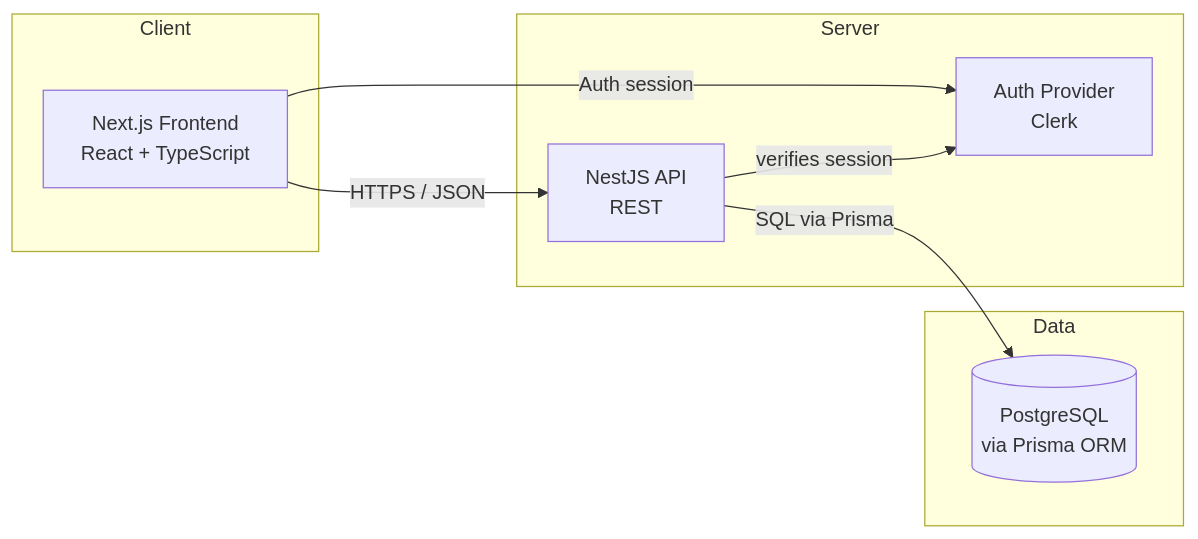
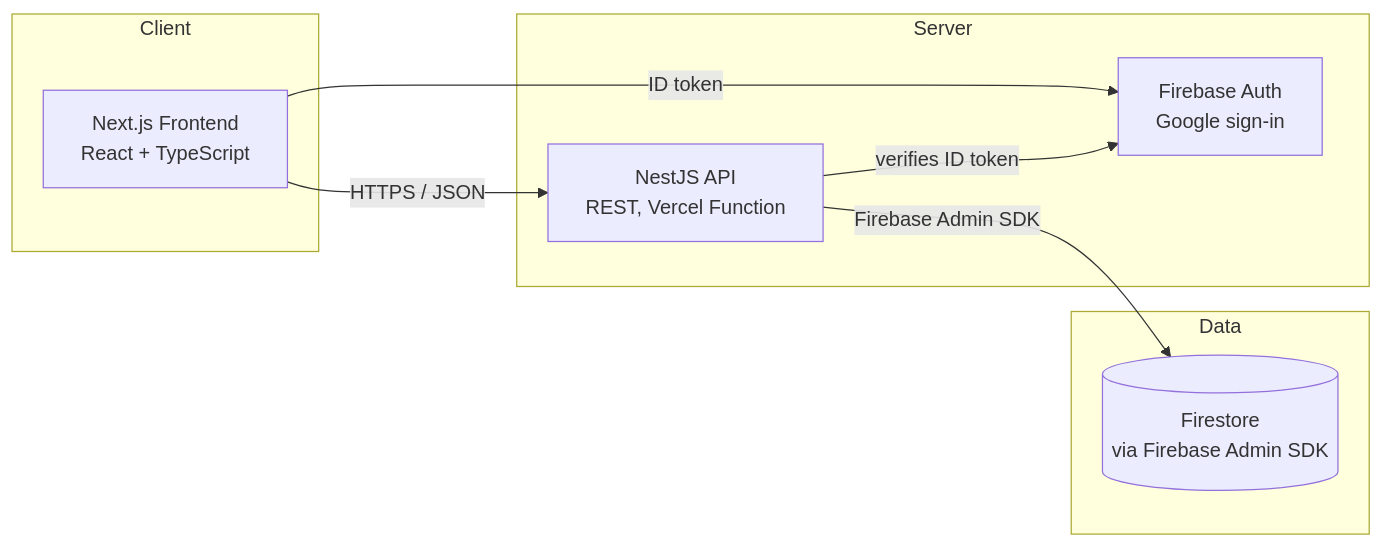
Before and after one commit to Kenrockender/MyDashboard: the first of 2 diagrams in 02-System-Architecture.md, drawn with Mermaid. The commit also changed other lines of this file and 5 other files, not shown here.

````diff
--- a/02-System-Architecture.md
+++ b/02-System-Architecture.md
@@ -21,18 +23,18 @@
 ```mermaid
 flowchart LR
     subgraph Client
         A[Next.js Frontend<br/>React + TypeScript]
     end
     subgraph Server
-        B[NestJS API<br/>REST]
-        C[Auth Provider<br/>Clerk]
+        B[NestJS API<br/>REST, Vercel Function]
+        C[Firebase Auth<br/>Google sign-in]
     end
     subgraph Data
-        D[(PostgreSQL<br/>via Prisma ORM)]
+        D[(Firestore<br/>via Firebase Admin SDK)]
     end
 
     A -- HTTPS / JSON --> B
-    A -- Auth session --> C
-    B -- verifies session --> C
-    B -- SQL via Prisma --> D
+    A -- ID token --> C
+    B -- verifies ID token --> C
+    B -- Firebase Admin SDK --> D
 ```
````
